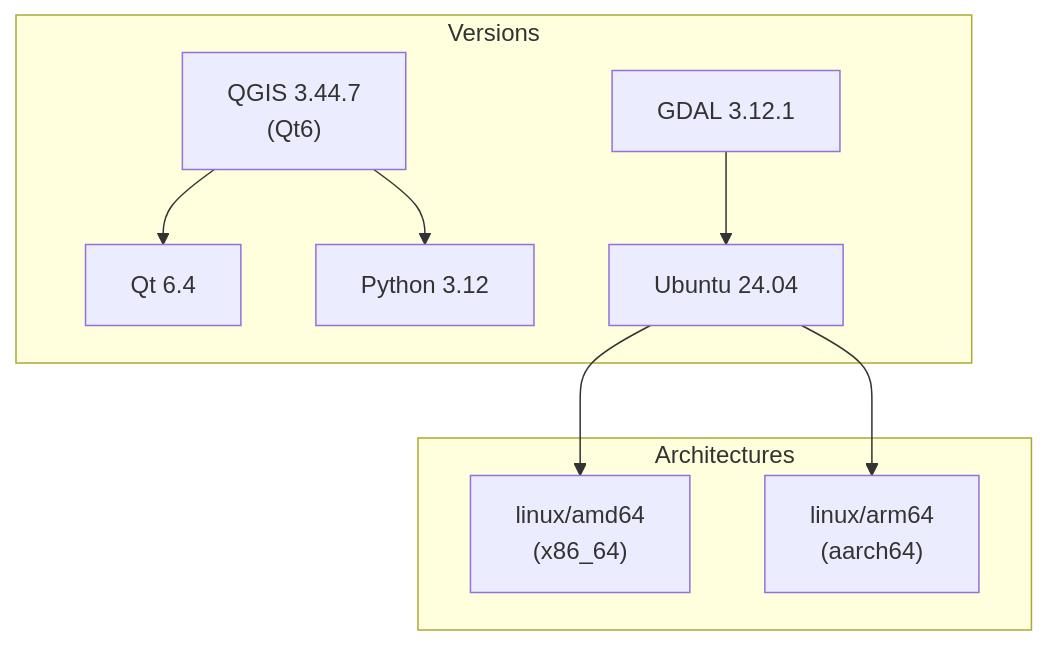
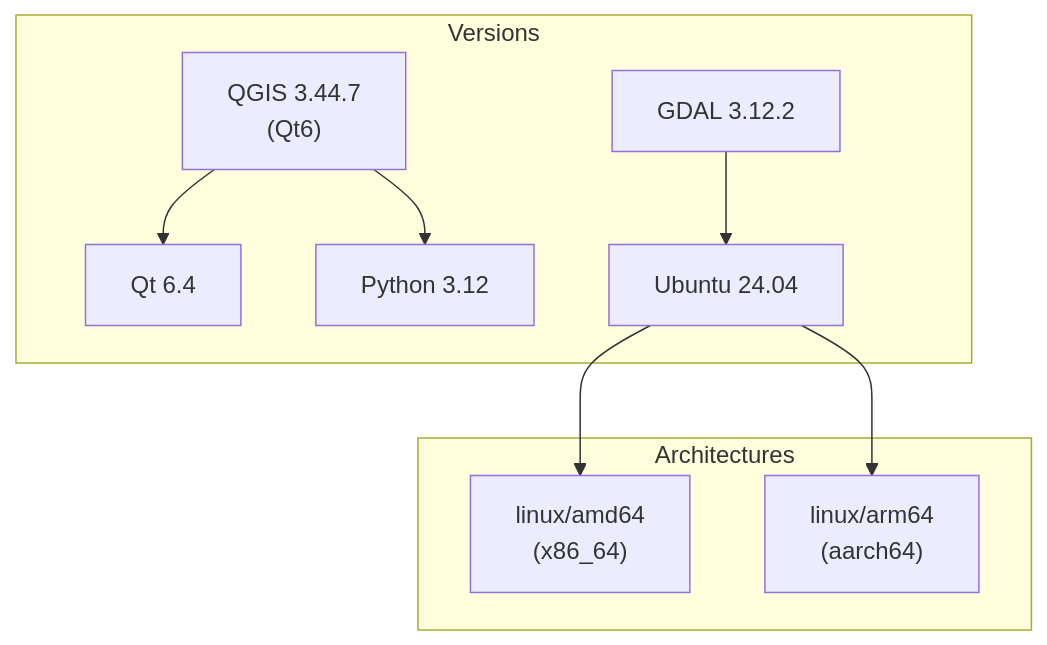
The first of 7 diagrams in ARCHITECTURE.md (walkthru-earth/qgis-server), drawn with Mermaid before and after one commit. The commit also changed other lines of this file and 5 other files, not shown here.

````diff
--- a/ARCHITECTURE.md
+++ b/ARCHITECTURE.md
@@ -40,21 +40,21 @@
 ```mermaid
 graph TB
     subgraph "Versions"
         QGIS["QGIS 3.44.7<br/>(Qt6)"]
         QT["Qt 6.4"]
         PYTHON["Python 3.12"]
-        GDAL["GDAL 3.12.1"]
+        GDAL["GDAL 3.12.2"]
         UBUNTU["Ubuntu 24.04"]
     end
 
     subgraph "Architectures"
         AMD["linux/amd64<br/>(x86_64)"]
         ARM["linux/arm64<br/>(aarch64)"]
     end
 
     QGIS --> QT
     QGIS --> PYTHON
     GDAL --> UBUNTU
     UBUNTU --> AMD
     UBUNTU --> ARM
 ```
````
